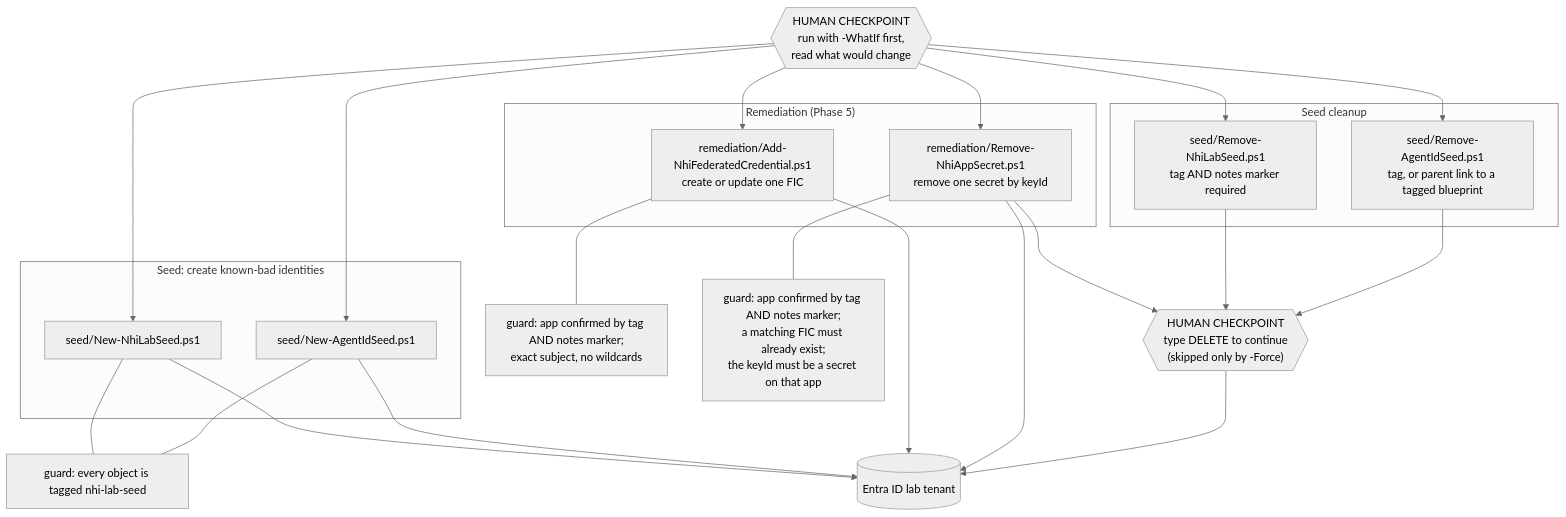
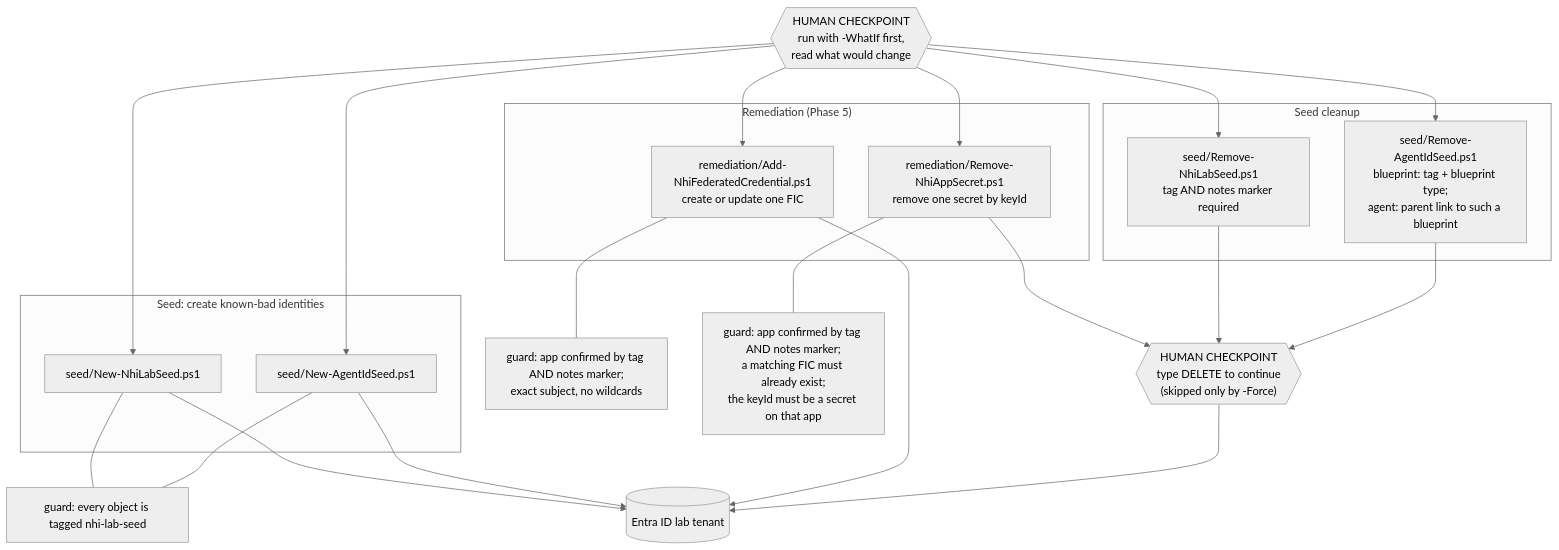
Before and after one commit to Demo411/NHI-governance-Toolkit: the second of 4 diagrams in docs/architecture.md, drawn with Mermaid (neutral theme). The commit also changed other lines of this file, not shown here.

First line of the commit message:
architecture.md: route secret removal through DELETE, add JWKS step

````diff
--- a/docs/architecture.md
+++ b/docs/architecture.md
@@ -60,43 +60,42 @@
 ```mermaid
 flowchart TB
     H1{{"HUMAN CHECKPOINT<br/>run with -WhatIf first,<br/>read what would change"}}
     H2{{"HUMAN CHECKPOINT<br/>type DELETE to continue<br/>(skipped only by -Force)"}}
 
     subgraph SEED ["Seed: create known-bad identities"]
         N1["seed/New-NhiLabSeed.ps1"]
         N2["seed/New-AgentIdSeed.ps1"]
     end
     subgraph CLEAN ["Seed cleanup"]
         D1["seed/Remove-NhiLabSeed.ps1<br/>tag AND notes marker required"]
-        D2["seed/Remove-AgentIdSeed.ps1<br/>tag, or parent link to a tagged blueprint"]
+        D2["seed/Remove-AgentIdSeed.ps1<br/>blueprint: tag + blueprint type;<br/>agent: parent link to such a blueprint"]
     end
     subgraph REM ["Remediation (Phase 5)"]
         A1["remediation/Add-NhiFederatedCredential.ps1<br/>create or update one FIC"]
         A2["remediation/Remove-NhiAppSecret.ps1<br/>remove one secret by keyId"]
     end
 
     G1["guard: every object is tagged nhi-lab-seed"]
     G2["guard: app confirmed by tag AND notes marker;<br/>exact subject, no wildcards"]
     G3["guard: app confirmed by tag AND notes marker;<br/>a matching FIC must already exist;<br/>the keyId must be a secret on that app"]
 
     TEN[("Entra ID lab tenant")]
 
     H1 --> N1
     H1 --> N2
     H1 --> A1
     H1 --> A2
     A2 --> H2
     N1 --- G1
     N2 --- G1
     A1 --- G2
     A2 --- G3
     H1 --> D1
     H1 --> D2
     D1 --> H2
     D2 --> H2
     N1 --> TEN
     N2 --> TEN
     A1 --> TEN
-    A2 --> TEN
     H2 --> TEN
 ```
````
